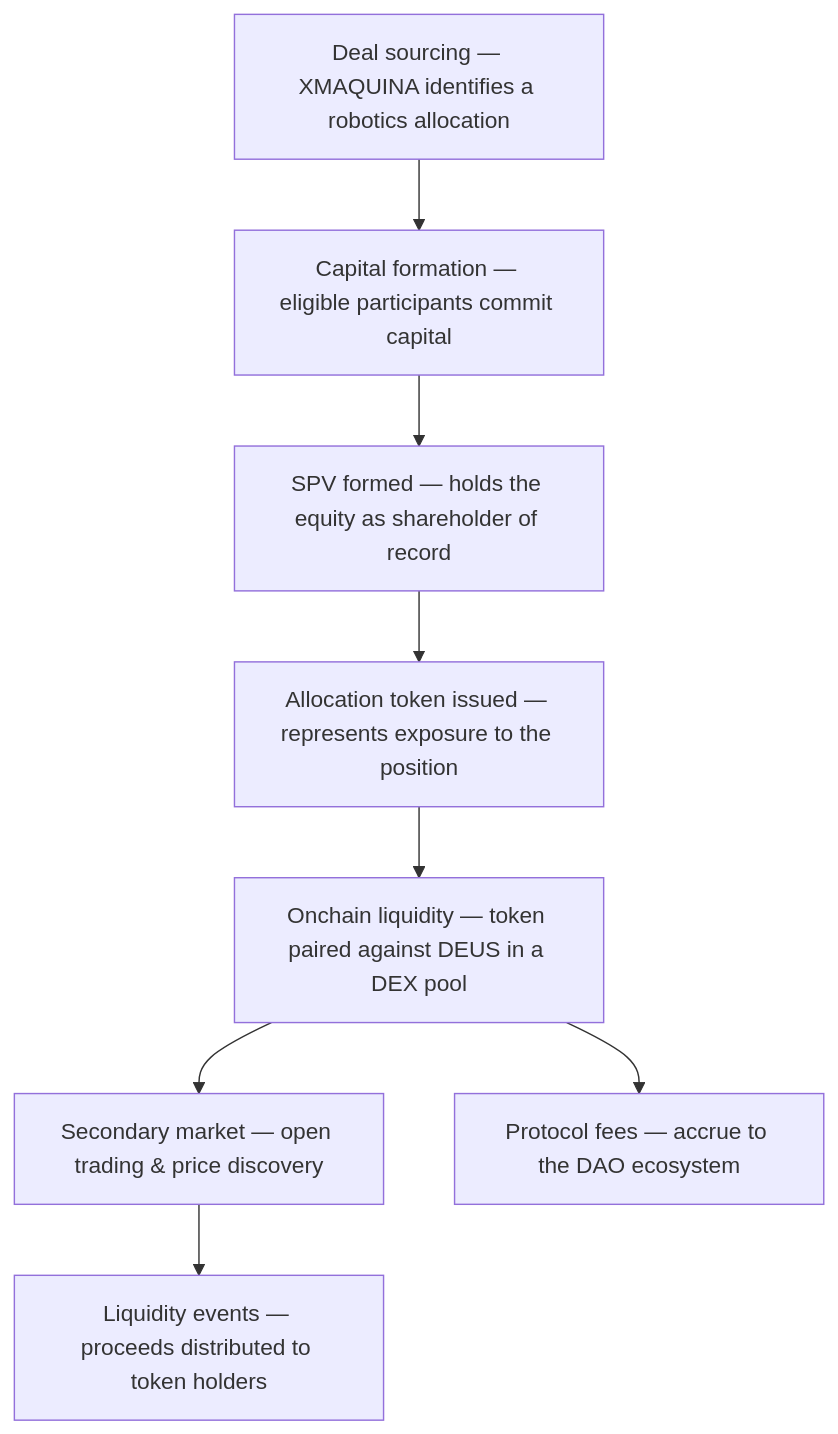
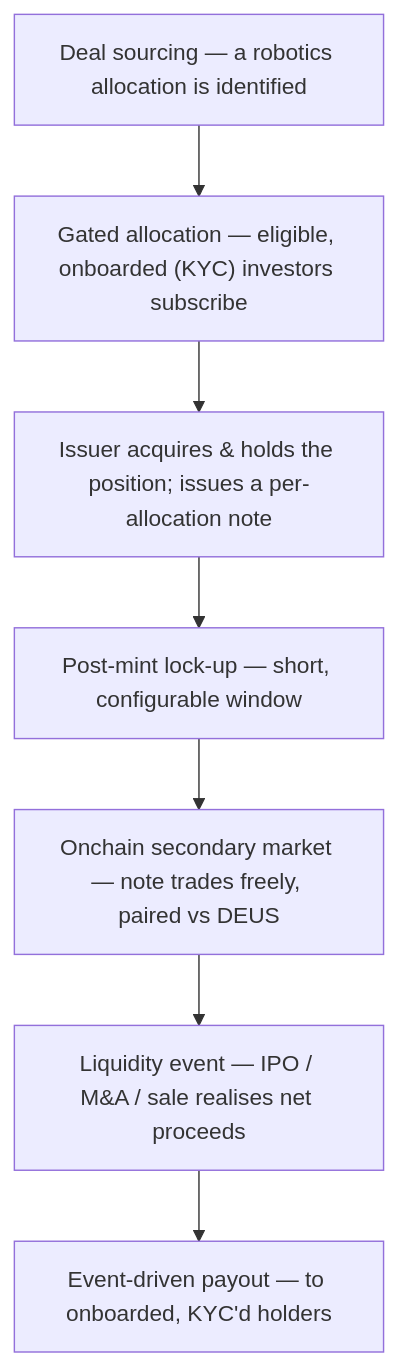
The diagram in rcm/how-it-works.mdx (XMAQUINA-DAO/docs), drawn with Mermaid before and after one commit. The commit also changed other lines of this file, not shown here.

````diff
--- a/rcm/how-it-works.mdx
+++ b/rcm/how-it-works.mdx
@@ -15,10 +15,9 @@
 ```mermaid
 flowchart TD
-    A["Deal sourcing — XMAQUINA identifies a robotics allocation"] --> B["Capital formation — eligible participants commit capital"]
-    B --> C["SPV formed — holds the equity as shareholder of record"]
-    C --> D["Allocation token issued — represents exposure to the position"]
-    D --> E["Onchain liquidity — token paired against DEUS in a DEX pool"]
-    E --> F["Secondary market — open trading & price discovery"]
-    F --> G["Liquidity events — proceeds distributed to token holders"]
-    E --> H["Protocol fees — accrue to the DAO ecosystem"]
+    A["Deal sourcing — a robotics allocation is identified"] --> B["Gated allocation — eligible, onboarded (KYC) investors subscribe"]
+    B --> C["Issuer acquires & holds the position; issues a per-allocation note"]
+    C --> D["Post-mint lock-up — short, configurable window"]
+    D --> E["Onchain secondary market — note trades freely, paired vs DEUS"]
+    E --> F["Liquidity event — IPO / M&A / sale realises net proceeds"]
+    F --> G["Event-driven payout — to onboarded, KYC'd holders"]
 ```
````
